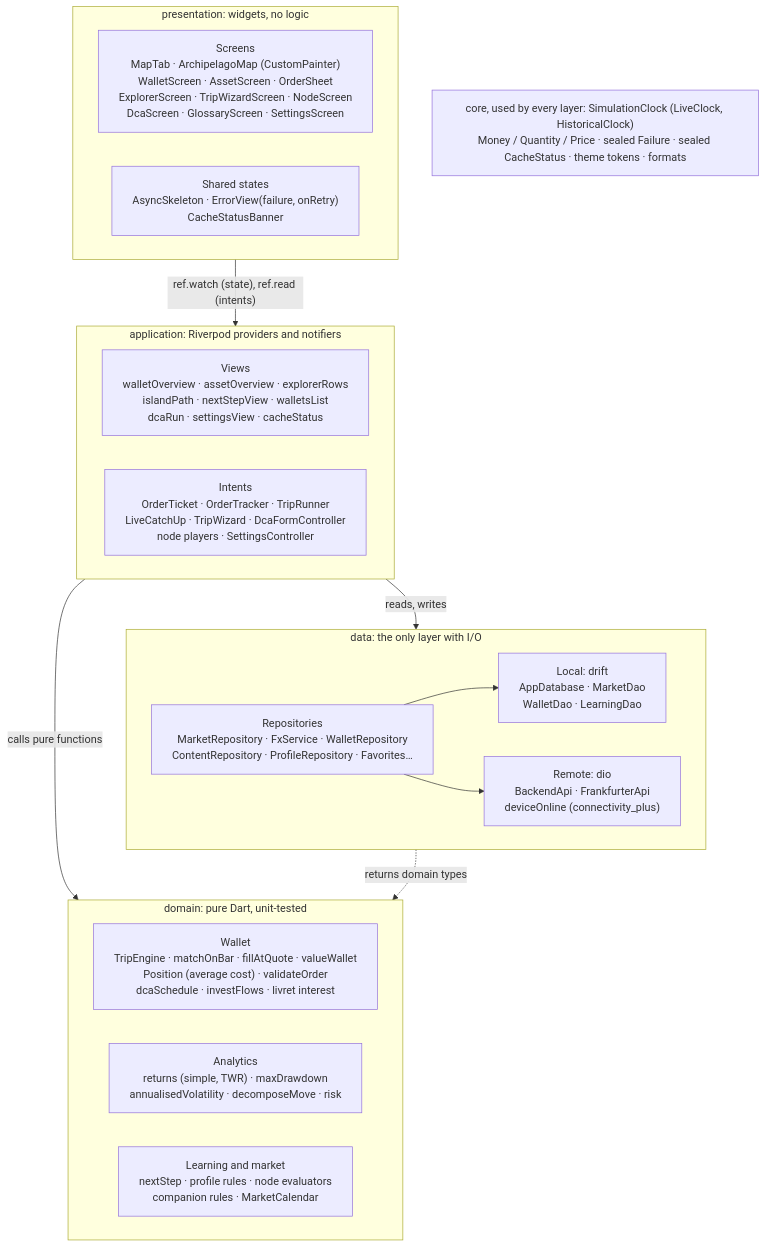
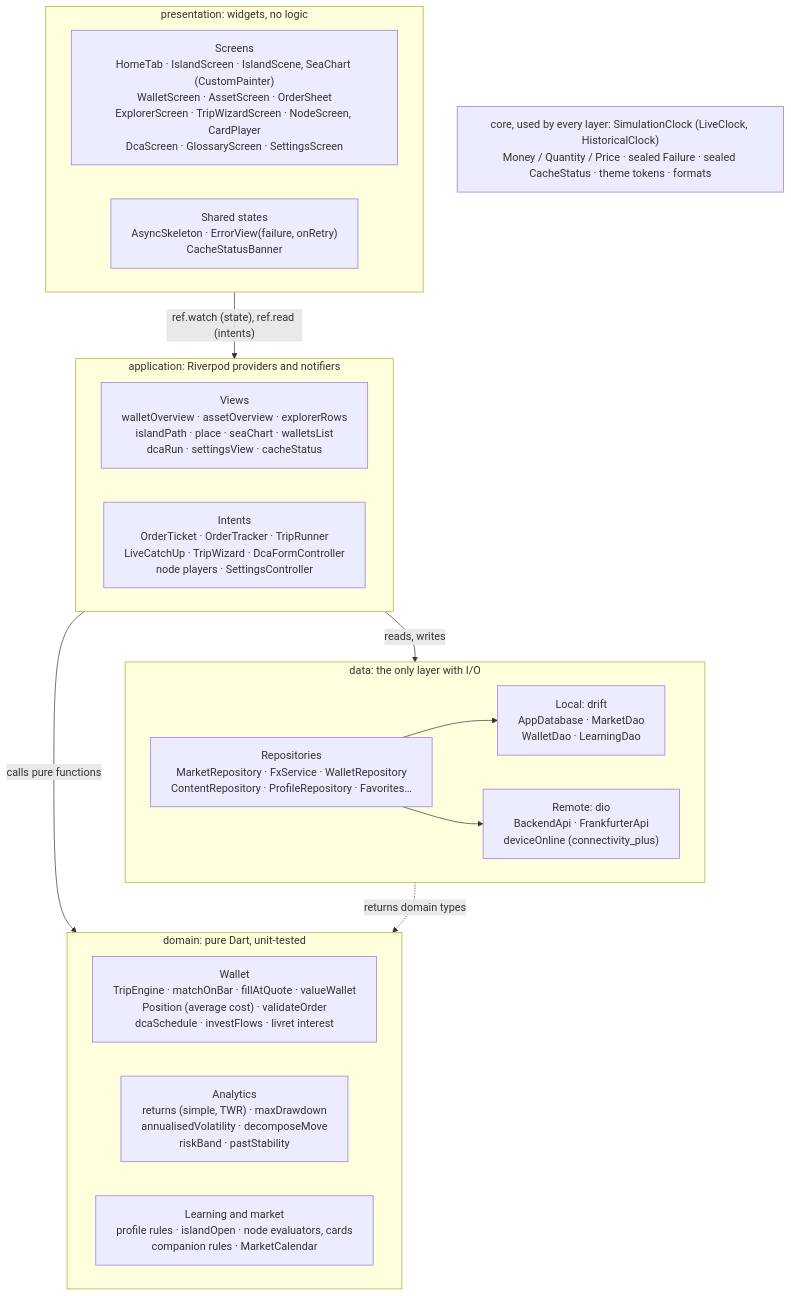
One commit to mikaellecam/motu changed the second of 5 diagrams in docs/report/architecture.md. Above: the diagram before and after it, drawn with Mermaid. The commit also changed other lines of this file and 31 other files, not shown here.

````diff
--- a/docs/report/architecture.md
+++ b/docs/report/architecture.md
@@ -29,33 +29,33 @@
 ```mermaid
 %%{init: {"flowchart": {"wrappingWidth": 420}}}%%
 flowchart TB
   subgraph P["presentation: widgets, no logic"]
     direction LR
-    P1["Screens<br/>MapTab · ArchipelagoMap (CustomPainter)<br/>WalletScreen · AssetScreen · OrderSheet<br/>ExplorerScreen · TripWizardScreen · NodeScreen<br/>DcaScreen · GlossaryScreen · SettingsScreen"]
+    P1["Screens<br/>HomeTab · IslandScreen · IslandScene, SeaChart (CustomPainter)<br/>WalletScreen · AssetScreen · OrderSheet<br/>ExplorerScreen · TripWizardScreen · NodeScreen, CardPlayer<br/>DcaScreen · GlossaryScreen · SettingsScreen"]
     P2["Shared states<br/>AsyncSkeleton · ErrorView(failure, onRetry)<br/>CacheStatusBanner"]
   end
   subgraph A["application: Riverpod providers and notifiers"]
     direction LR
-    A1["Views<br/>walletOverview · assetOverview · explorerRows<br/>islandPath · nextStepView · walletsList<br/>dcaRun · settingsView · cacheStatus"]
+    A1["Views<br/>walletOverview · assetOverview · explorerRows<br/>islandPath · place · seaChart · walletsList<br/>dcaRun · settingsView · cacheStatus"]
     A2["Intents<br/>OrderTicket · OrderTracker · TripRunner<br/>LiveCatchUp · TripWizard · DcaFormController<br/>node players · SettingsController"]
   end
   subgraph D["domain: pure Dart, unit-tested"]
     direction LR
     D1["Wallet<br/>TripEngine · matchOnBar · fillAtQuote · valueWallet<br/>Position (average cost) · validateOrder<br/>dcaSchedule · investFlows · livret interest"]
-    D2["Analytics<br/>returns (simple, TWR) · maxDrawdown<br/>annualisedVolatility · decomposeMove · risk"]
-    D3["Learning and market<br/>nextStep · profile rules · node evaluators<br/>companion rules · MarketCalendar"]
+    D2["Analytics<br/>returns (simple, TWR) · maxDrawdown<br/>annualisedVolatility · decomposeMove<br/>riskBand · pastStability"]
+    D3["Learning and market<br/>profile rules · islandOpen · node evaluators, cards<br/>companion rules · MarketCalendar"]
   end
   subgraph DA["data: the only layer with I/O"]
     direction LR
     R["Repositories<br/>MarketRepository · FxService · WalletRepository<br/>ContentRepository · ProfileRepository · Favorites…"]
     L["Local: drift<br/>AppDatabase · MarketDao<br/>WalletDao · LearningDao"]
     N["Remote: dio<br/>BackendApi · FrankfurterApi<br/>deviceOnline (connectivity_plus)"]
   end
   C["core, used by every layer: SimulationClock (LiveClock, HistoricalClock)<br/>Money / Quantity / Price · sealed Failure · sealed CacheStatus · theme tokens · formats"]
   P -- "ref.watch (state), ref.read (intents)" --> A
   A -- "calls pure functions" --> D
   A -- "reads, writes" --> R
   R --> L
   R --> N
   R -.->|returns domain types| D
 ```
````
